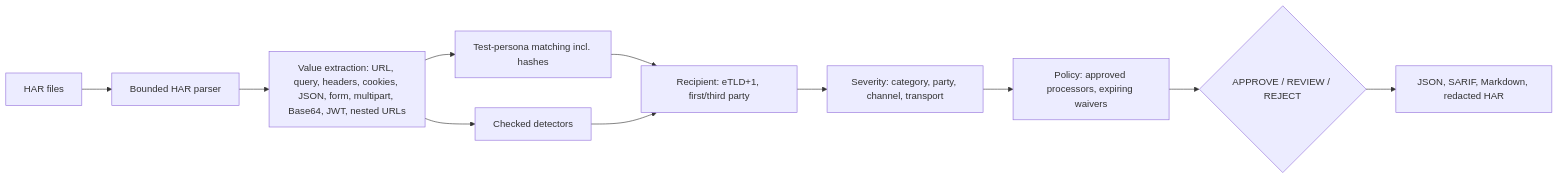
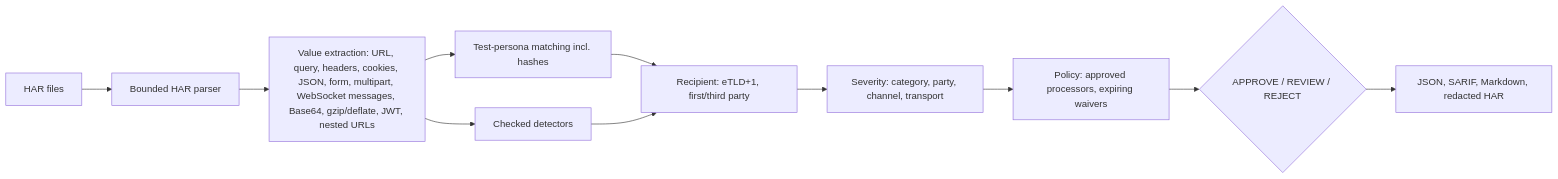
The diagram in README.md (Sushant-Nemade/privacy-flow-inspector), drawn with Mermaid before and after one commit. The commit also changed other lines of this file and 23 other files, not shown here.

Commit message:
v0.3.0: WebSocket messages, gzip/deflate and Base64 bodies, recorder coverage gaps, safer redaction; Node.js Playwright Test fixture run in CI

````diff
--- a/README.md
+++ b/README.md
@@ -119,12 +147,12 @@
 ```mermaid
 flowchart LR
     H[HAR files] --> P[Bounded HAR parser]
-    P --> X[Value extraction: URL, query, headers, cookies, JSON, form, multipart, Base64, JWT, nested URLs]
+    P --> X[Value extraction: URL, query, headers, cookies, JSON, form, multipart, WebSocket messages, Base64, gzip/deflate, JWT, nested URLs]
     X --> D1[Test-persona matching incl. hashes]
     X --> D2[Checked detectors]
     D1 & D2 --> R[Recipient: eTLD+1, first/third party]
     R --> S[Severity: category, party, channel, transport]
     S --> Pol[Policy: approved processors, expiring waivers]
     Pol --> Dec{APPROVE / REVIEW / REJECT}
     Dec --> O[JSON, SARIF, Markdown, redacted HAR]
 ```
````
